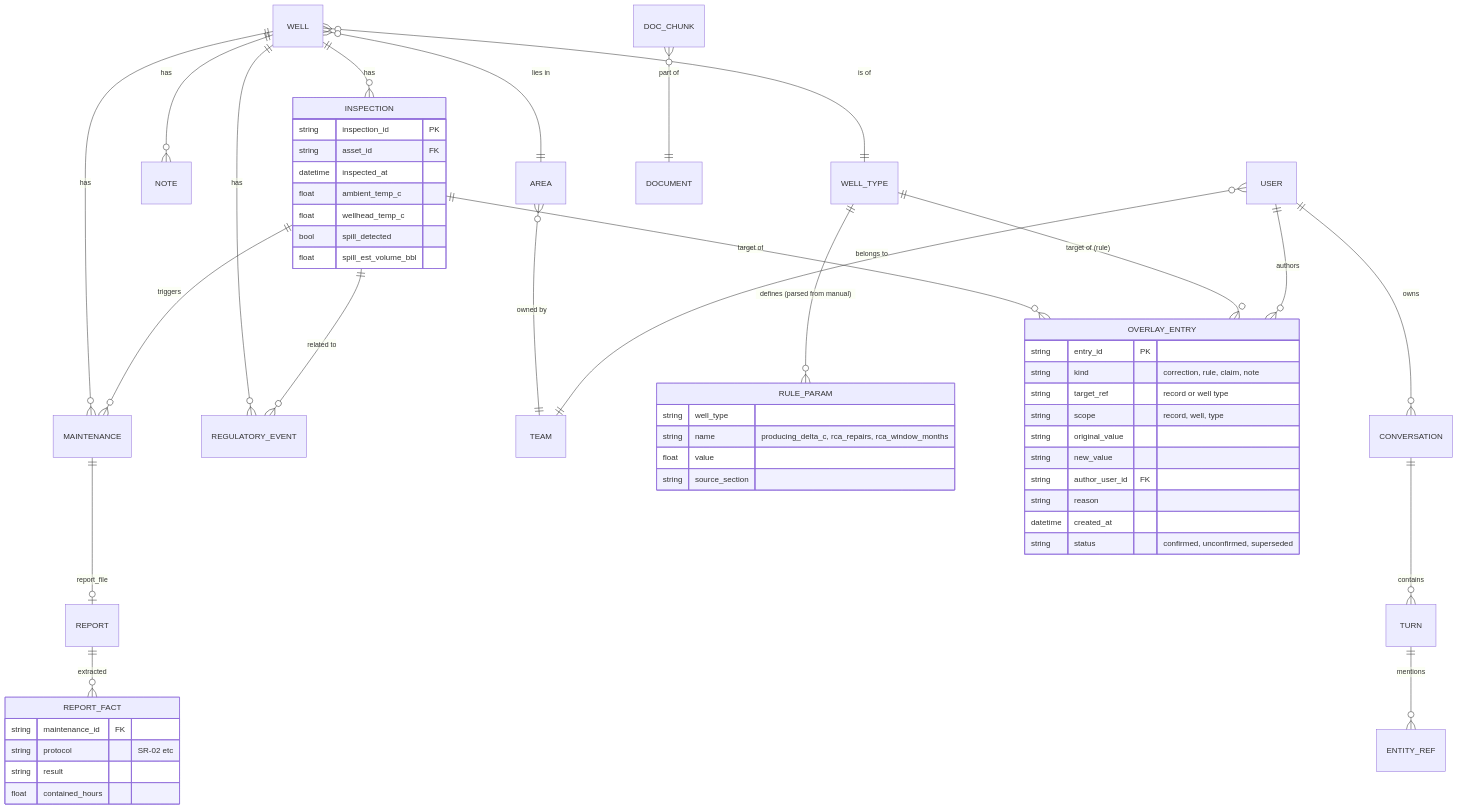
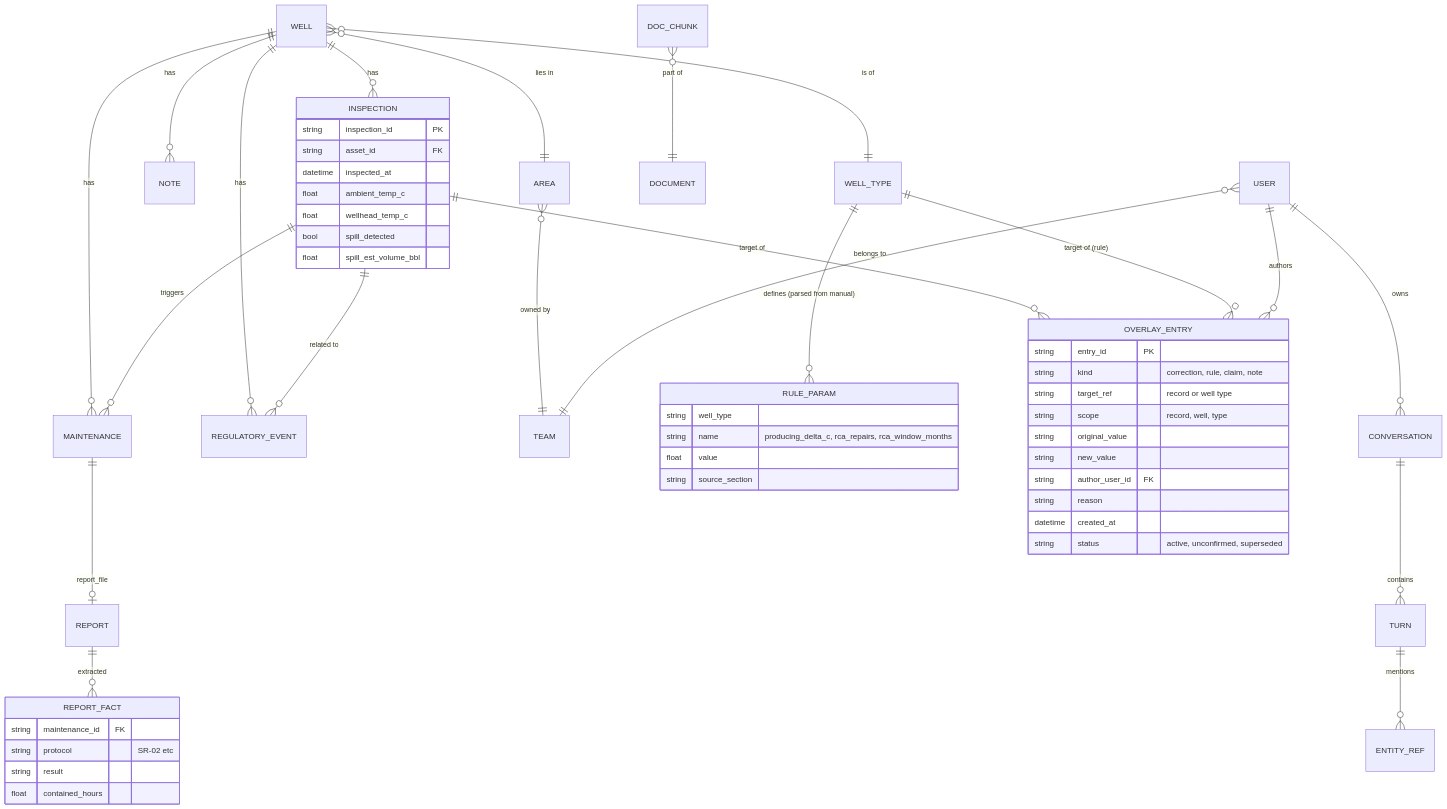
One commit to itsanjan/wellspring-asset-copilot changed the seventh of 8 diagrams in docs/DIAGRAMS.md. Above: the diagram before and after it, drawn with Mermaid. The commit also changed other lines of this file and 4 other files, not shown here.

````diff
--- a/docs/DIAGRAMS.md
+++ b/docs/DIAGRAMS.md
@@ -238,57 +238,57 @@
 ```mermaid
 erDiagram
     WELL ||--o{ INSPECTION : has
     WELL ||--o{ MAINTENANCE : has
     WELL ||--o{ REGULATORY_EVENT : has
     WELL ||--o{ NOTE : has
     WELL }o--|| WELL_TYPE : "is of"
     WELL }o--|| AREA : "lies in"
     AREA }o--|| TEAM : "owned by"
     USER }o--|| TEAM : "belongs to"
     WELL_TYPE ||--o{ RULE_PARAM : "defines (parsed from manual)"
     MAINTENANCE ||--o| REPORT : "report_file"
     REPORT ||--o{ REPORT_FACT : "extracted"
     INSPECTION ||--o{ MAINTENANCE : "triggers"
     INSPECTION ||--o{ REGULATORY_EVENT : "related to"
     INSPECTION ||--o{ OVERLAY_ENTRY : "target of"
     WELL_TYPE ||--o{ OVERLAY_ENTRY : "target of (rule)"
     USER ||--o{ OVERLAY_ENTRY : authors
     USER ||--o{ CONVERSATION : owns
     CONVERSATION ||--o{ TURN : contains
     TURN ||--o{ ENTITY_REF : mentions
     DOC_CHUNK }o--|| DOCUMENT : "part of"
 
     INSPECTION {
         string inspection_id PK
         string asset_id FK
         datetime inspected_at
         float ambient_temp_c
         float wellhead_temp_c
         bool spill_detected
         float spill_est_volume_bbl
     }
     OVERLAY_ENTRY {
         string entry_id PK
         string kind "correction, rule, claim, note"
         string target_ref "record or well type"
         string scope "record, well, type"
         string original_value
         string new_value
         string author_user_id FK
         string reason
         datetime created_at
-        string status "confirmed, unconfirmed, superseded"
+        string status "active, unconfirmed, superseded"
     }
     REPORT_FACT {
         string maintenance_id FK
         string protocol "SR-02 etc"
         string result
         float contained_hours
     }
     RULE_PARAM {
         string well_type
         string name "producing_delta_c, rca_repairs, rca_window_months"
         float value
         string source_section
     }
 ```
````
